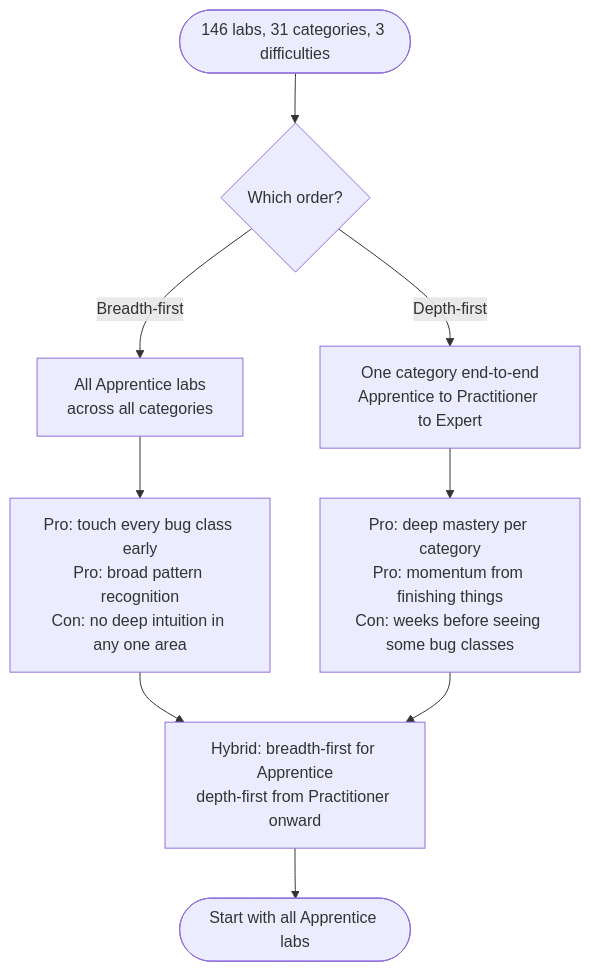
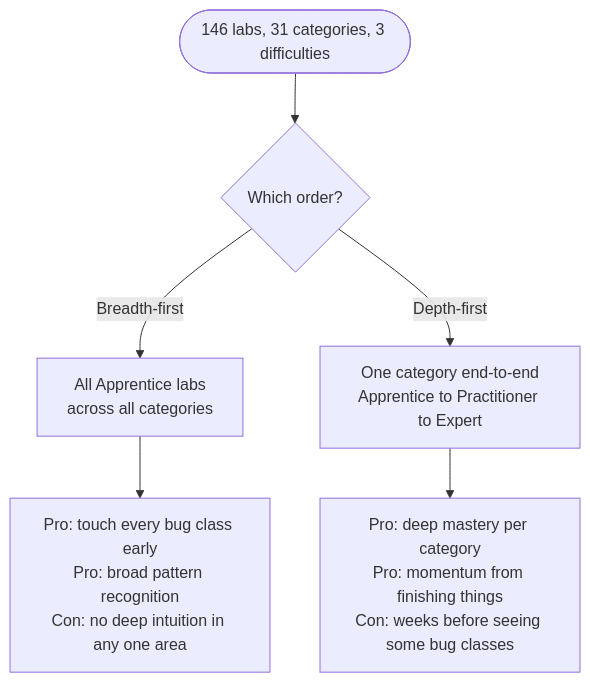
Before and after one commit to marie-schmidt/security-research: the diagram in src/content/posts/2026-04-20-picking-a-path-through-portswigger-labs.md, drawn with Mermaid. The commit also changed other lines of this file and 3 other files, not shown here.

````diff
--- a/src/content/posts/2026-04-20-picking-a-path-through-portswigger-labs.md
+++ b/src/content/posts/2026-04-20-picking-a-path-through-portswigger-labs.md
@@ -28,11 +28,8 @@
 ```mermaid
 flowchart TD
    Start([146 labs, 31 categories, 3 difficulties]) --> Choice{Which order?}
    Choice -->|Breadth-first| BF[All Apprentice labs<br/>across all categories]
    Choice -->|Depth-first| DF[One category end-to-end<br/>Apprentice to Practitioner to Expert]
    BF --> BFpro[Pro: touch every bug class early<br/>Pro: broad pattern recognition<br/>Con: no deep intuition in any one area]
    DF --> DFpro[Pro: deep mastery per category<br/>Pro: momentum from finishing things<br/>Con: weeks before seeing some bug classes]
-   BFpro --> Hybrid[Hybrid: breadth-first for Apprentice<br/>depth-first from Practitioner onward]
-   DFpro --> Hybrid
-   Hybrid --> Go([Start with all Apprentice labs])
 ```
````
